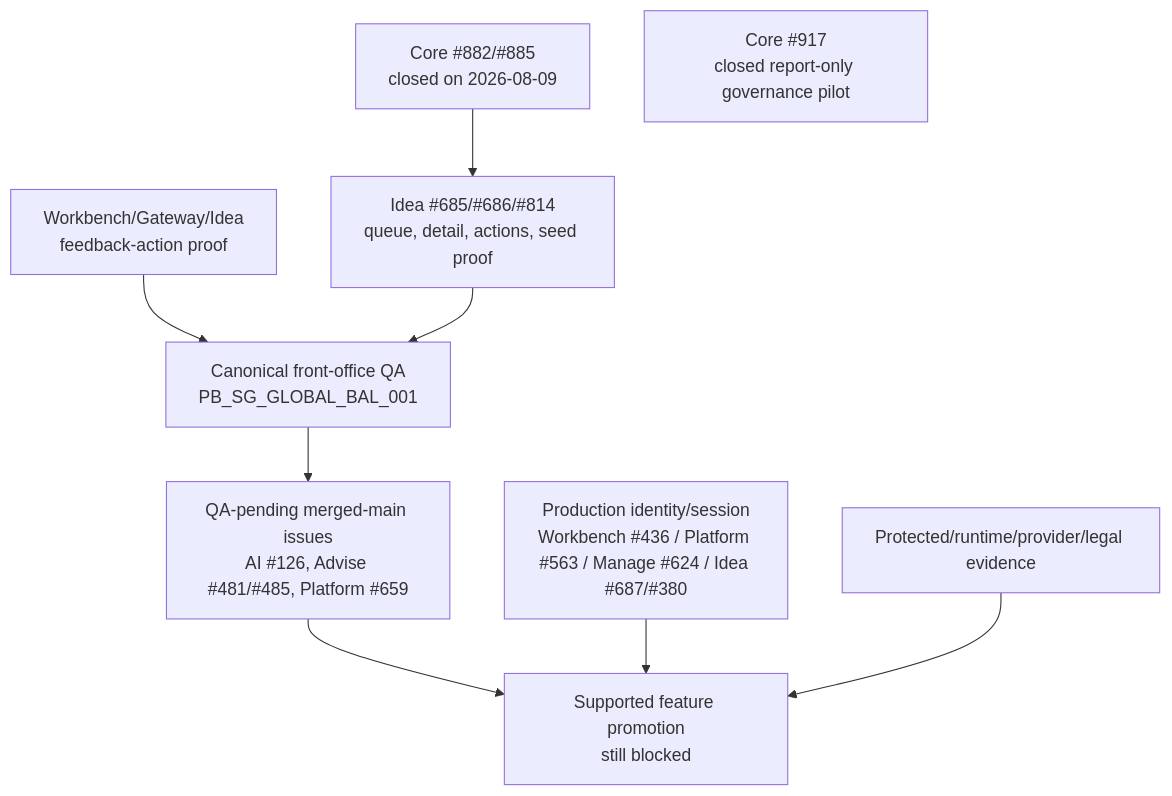
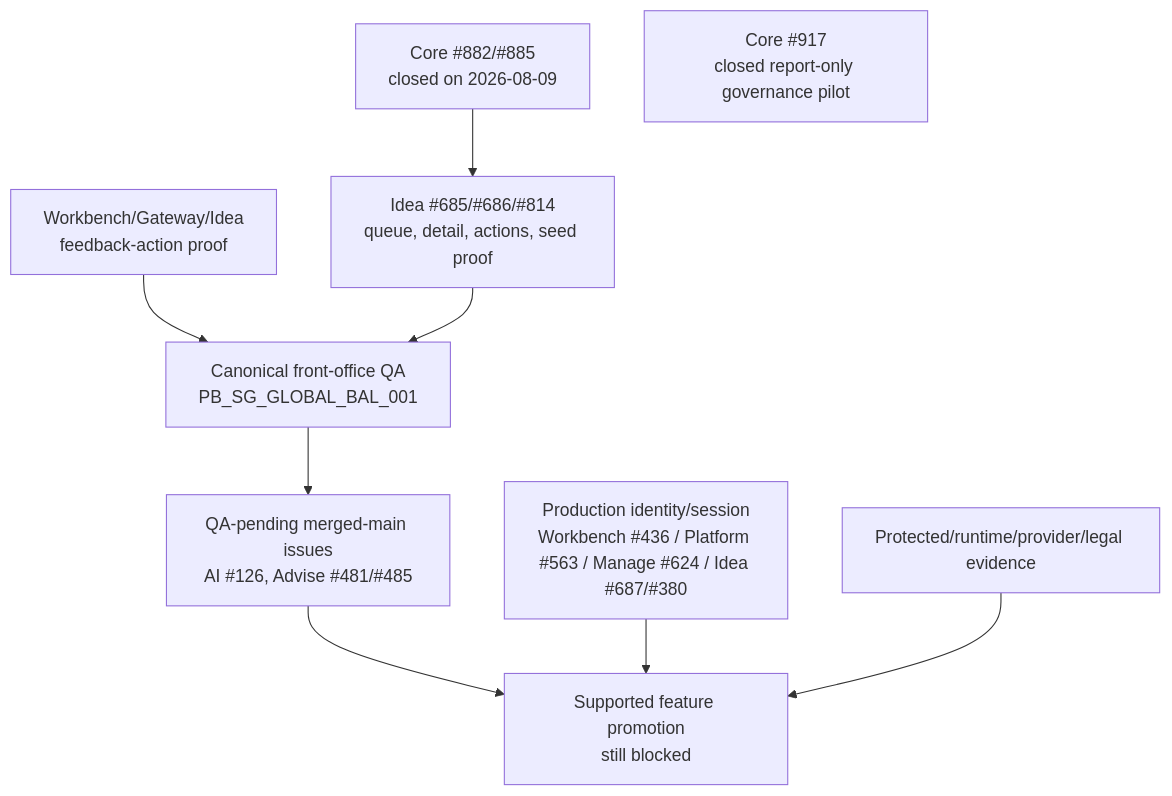
One commit to sgajbi/lotus-idea changed the second of 2 diagrams in wiki/RFC-0002-Execution-Status.md. Above: the diagram before and after it, drawn with Mermaid. The commit also changed other lines of this file and 9 other files, not shown here.

````diff
--- a/wiki/RFC-0002-Execution-Status.md
+++ b/wiki/RFC-0002-Execution-Status.md
@@ -85,20 +85,20 @@
 ```mermaid
 flowchart TD
     CoreClosed["Core #882/#885<br/>closed on 2026-08-09"]
     Feedback["Workbench/Gateway/Idea<br/>feedback-action proof"]
     CanonicalQA["Canonical front-office QA<br/>PB_SG_GLOBAL_BAL_001"]
     IdeaProof["Idea #685/#686/#814<br/>queue, detail, actions, seed proof"]
     Core917["Core #917<br/>closed report-only governance pilot"]
-    QAPending["QA-pending merged-main issues<br/>AI #126, Advise #481/#485, Platform #659"]
+    QAPending["QA-pending merged-main issues<br/>AI #126, Advise #481/#485"]
     Support["Supported feature promotion<br/>still blocked"]
     Identity["Production identity/session<br/>Workbench #436 / Platform #563 / Manage #624 / Idea #687/#380"]
     Protected["Protected/runtime/provider/legal evidence"]
 
     CoreClosed --> IdeaProof
     Feedback --> CanonicalQA
     IdeaProof --> CanonicalQA
     CanonicalQA --> QAPending
     QAPending --> Support
     Identity --> Support
     Protected --> Support
 ```
````
